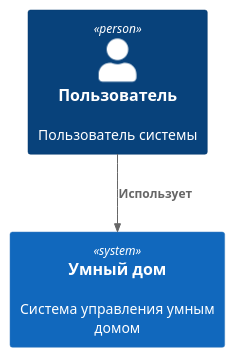
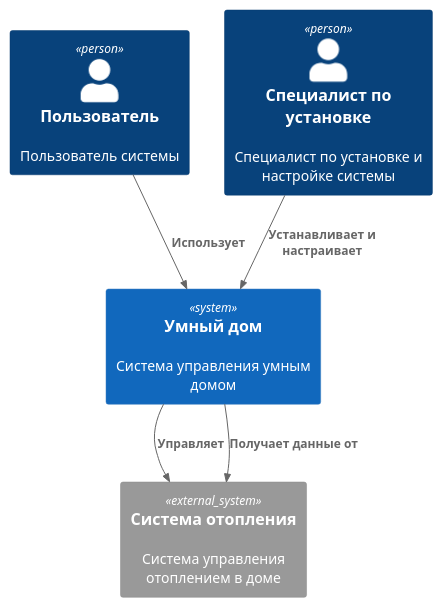
The diagram in schemas/as-is/Context.puml (vsevolod-nikitin/yandex-practicum-architecture-pro-warmhouse), drawn with PlantUML before and after one commit. The commit also changed 2 other files, not shown here.

Commit message:
Добавление диаграммы текущего контекста.

```diff
--- a/schemas/as-is/Context.puml
+++ b/schemas/as-is/Context.puml
@@ -1,10 +1,14 @@
-@startuml Текущий контекст
+@startuml Context
 !include https://raw.githubusercontent.com/plantuml-stdlib/C4-PlantUML/master/C4_Context.puml
 
 Person(user, "Пользователь", "Пользователь системы")
+Person(engineer, "Специалист по установке", "Специалист по установке и настройке системы")
 
 System(smart_home, "Умный дом", "Система управления умным домом")
+System_Ext(heat_device, "Система отопления", "Система управления отоплением в доме")
 
 Rel(user, smart_home, "Использует")
-
+Rel(engineer, smart_home, "Устанавливает и настраивает")
+Rel(smart_home, heat_device, "Управляет")
+Rel(smart_home, heat_device, "Получает данные от")
 @enduml
```
